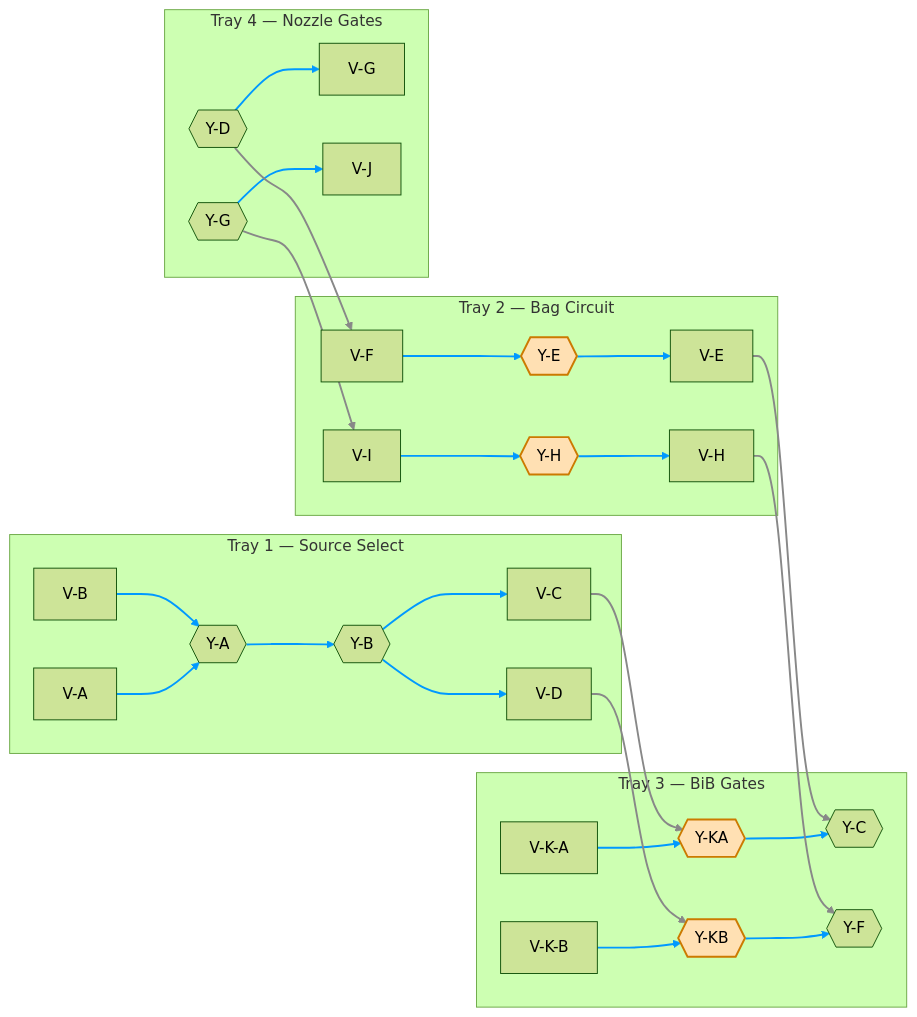
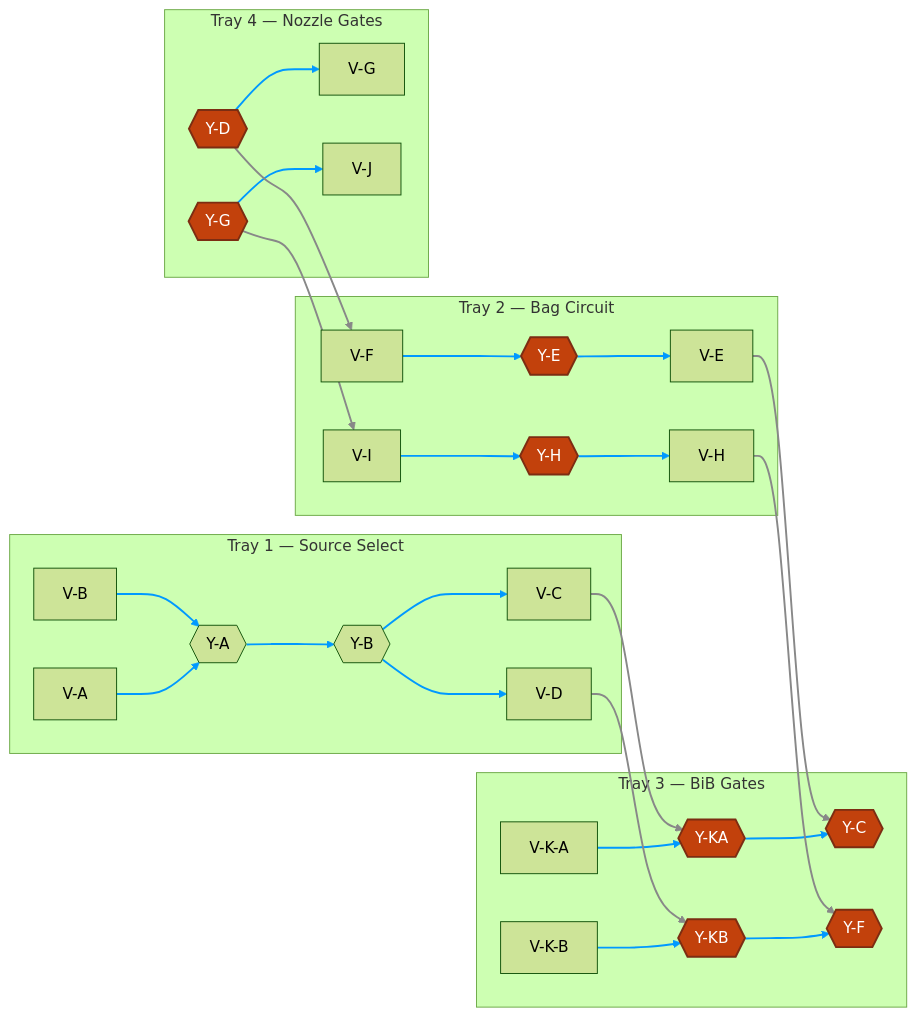
One commit to derekbreden/homesodamachine changed the diagram in hardware/topology/fluid-topology-trays.mmd. Above: the diagram before and after it, drawn with Mermaid (forest theme).

Commit message:
topology: all junctions but source-select's are Tees; readable Tee color
Mark Y-D/Y-G (nozzle) and Y-C/Y-F (bib) as Tees too, so only source-select's
Y-A/Y-B remain Y-dividers. Recolor Tees to a dark burnt-orange with white text
(the old light fill made the light node text unreadable).

```diff
--- a/hardware/topology/fluid-topology-trays.mmd
+++ b/hardware/topology/fluid-topology-trays.mmd
@@ -1,72 +1,72 @@
 flowchart LR
 
   %% Valve-manifold fluid topology grouped by physical tray. Each box is a tray;
   %% the nodes inside are the valves and junction fittings it carries. Hexagons
   %% are Y-dividers; orange nodes are Tees (in-line run + branch). Blue links are
   %% on-tray; gray links run between trays. Source, pump, bag, and nozzle
   %% endpoints are omitted.
 
   subgraph Tray1["Tray 1 — Source Select"]
     VA["V-A"]
     VB["V-B"]
     YA{{"Y-A"}}
     YB{{"Y-B"}}
     VC["V-C"]
     VD["V-D"]
   end
 
   subgraph Tray2["Tray 2 — Bag Circuit"]
     VE["V-E"]
     VF["V-F"]
     YE{{"Y-E"}}
     VH["V-H"]
     VI["V-I"]
     YH{{"Y-H"}}
   end
 
   subgraph Tray3["Tray 3 — BiB Gates"]
     VKA["V-K-A"]
     VKB["V-K-B"]
     YKA{{"Y-KA"}}
     YKB{{"Y-KB"}}
     YC{{"Y-C"}}
     YF{{"Y-F"}}
   end
 
   subgraph Tray4["Tray 4 — Nozzle Gates"]
     VG["V-G"]
     VJ["V-J"]
     YD{{"Y-D"}}
     YG{{"Y-G"}}
   end
 
   %% ---- On-tray seats (blue, links 0-14) ----
   VA --> YA
   VB --> YA
   YA --> YB
   YB --> VC
   YB --> VD
   VF --> YE
   YE --> VE
   VI --> YH
   YH --> VH
   VKA --> YKA
   VKB --> YKB
   YKA --> YC
   YKB --> YF
   YD --> VG
   YG --> VJ
 
   %% ---- Between trays (gray, links 15-20) ----
   VC --> YKA
   VD --> YKB
   VE --> YC
   VH --> YF
   YD --> VF
   YG --> VI
 
   %% ---- Styling ----
-  classDef tee fill:#ffe0b3,stroke:#cc7a00,stroke-width:2px;
-  class YE,YH,YKA,YKB tee;
+  classDef tee fill:#c2410c,stroke:#7c2d12,color:#ffffff,stroke-width:2px;
+  class YE,YH,YKA,YKB,YC,YF,YD,YG tee;
   linkStyle 0,1,2,3,4,5,6,7,8,9,10,11,12,13,14 stroke:#09f,stroke-width:2px
   linkStyle 15,16,17,18,19,20 stroke:#888,stroke-width:2px
```
